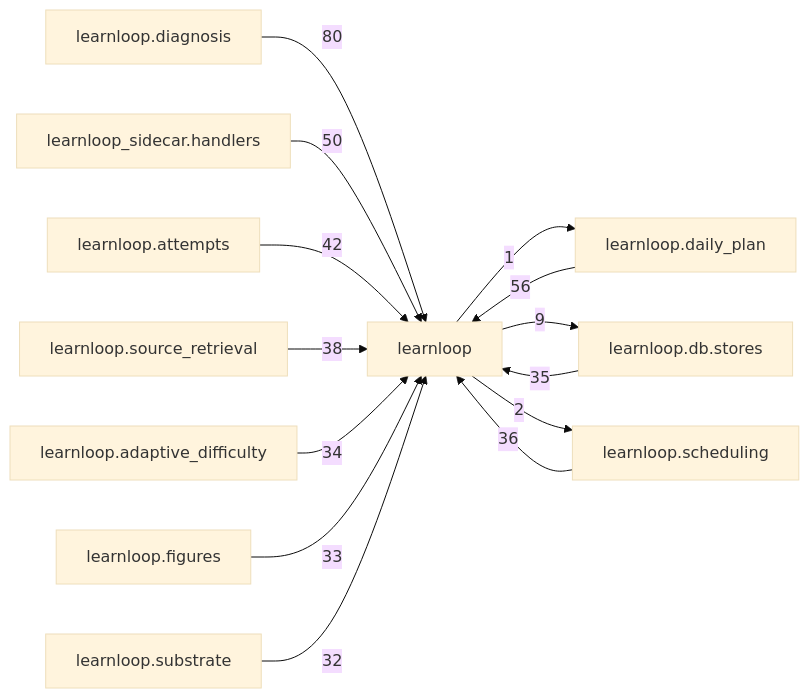
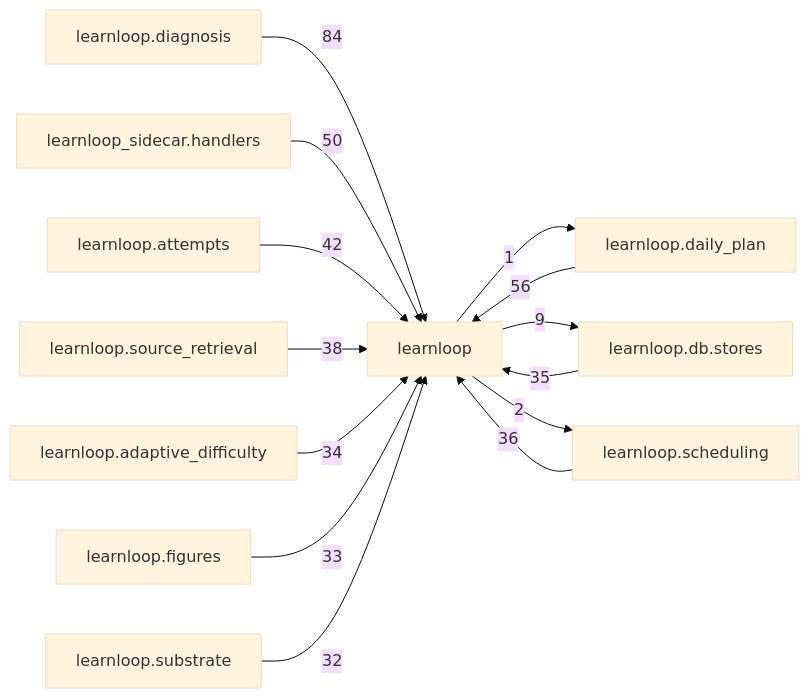
Before and after one commit to 6up-b/learnanything: the diagram in docs/learnloop-architecture-vault/Reference/Modules/learnloop/_package.md, drawn with Mermaid (base theme). The commit also changed other lines of this file and 66 other files, not shown here.

````diff
--- a/docs/learnloop-architecture-vault/Reference/Modules/learnloop/_package.md
+++ b/docs/learnloop-architecture-vault/Reference/Modules/learnloop/_package.md
@@ -259,27 +259,27 @@
 ```mermaid
 flowchart LR
     center["learnloop"]
     n_learnloop_diagnosis["learnloop.diagnosis"]
     n_learnloop_daily_plan["learnloop.daily_plan"]
     n_learnloop_sidecar_handlers["learnloop_sidecar.handlers"]
     n_learnloop_db_stores["learnloop.db.stores"]
     n_learnloop_attempts["learnloop.attempts"]
     n_learnloop_scheduling["learnloop.scheduling"]
     n_learnloop_source_retrieval["learnloop.source_retrieval"]
     n_learnloop_adaptive_difficulty["learnloop.adaptive_difficulty"]
     n_learnloop_figures["learnloop.figures"]
     n_learnloop_substrate["learnloop.substrate"]
-    n_learnloop_diagnosis -->|80| center
+    n_learnloop_diagnosis -->|84| center
     n_learnloop_daily_plan -->|56| center
     center -->|1| n_learnloop_daily_plan
     n_learnloop_sidecar_handlers -->|50| center
     n_learnloop_db_stores -->|35| center
     center -->|9| n_learnloop_db_stores
     n_learnloop_attempts -->|42| center
     n_learnloop_scheduling -->|36| center
     center -->|2| n_learnloop_scheduling
     n_learnloop_source_retrieval -->|38| center
     n_learnloop_adaptive_difficulty -->|34| center
     n_learnloop_figures -->|33| center
     n_learnloop_substrate -->|32| center
 ```
````
